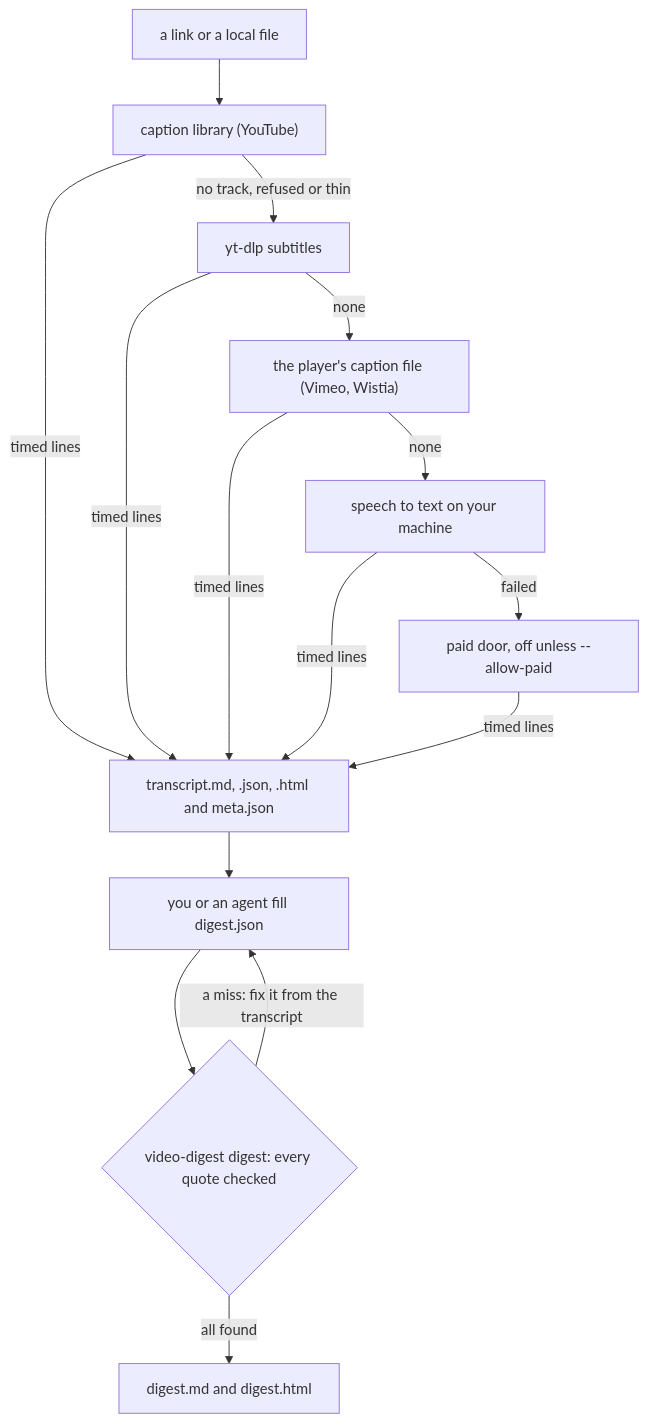
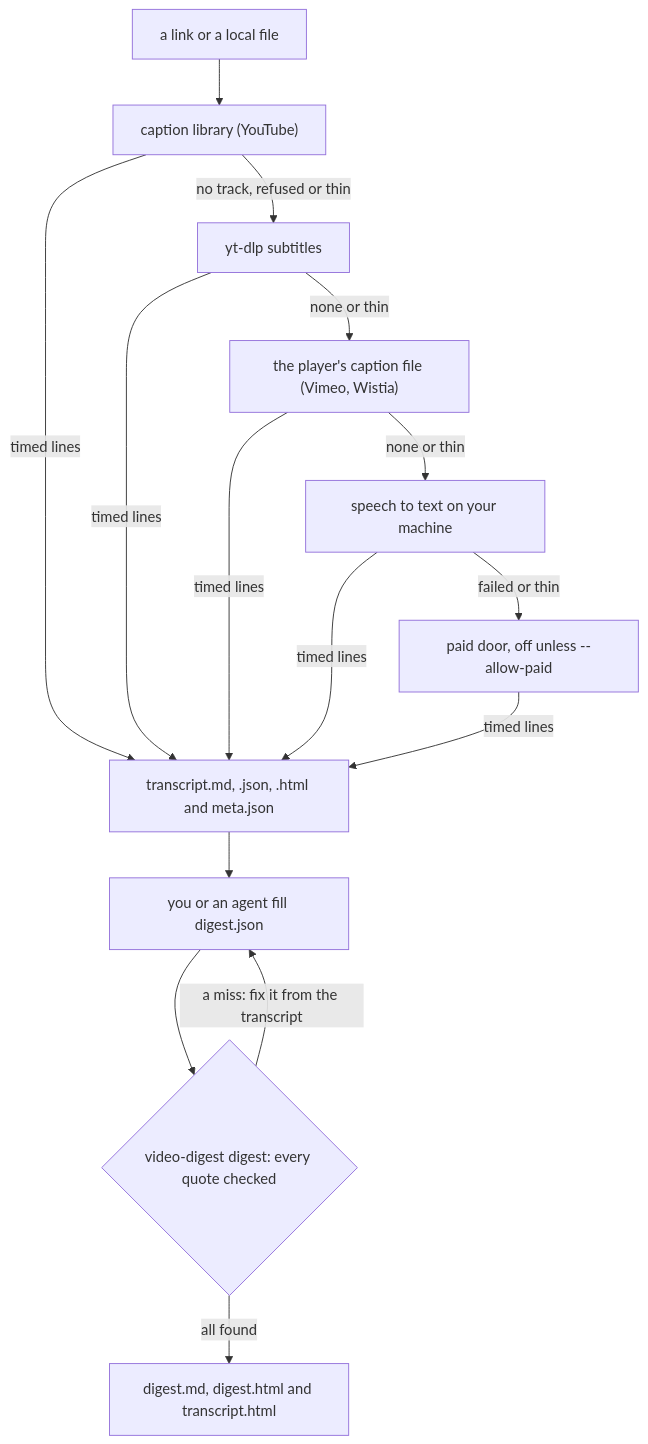
One commit to RobBrautigam/video-digest changed the diagram in README.md. Above: the diagram before and after it, drawn with Mermaid. The commit also changed other lines of this file and 7 other files, not shown here.

````diff
--- a/README.md
+++ b/README.md
@@ -125,13 +128,13 @@
 ```mermaid
 flowchart TD
     S["a link or a local file"] --> Y["caption library (YouTube)"]
     Y -->|"no track, refused or thin"| D["yt-dlp subtitles"]
-    D -->|"none"| P["the player's caption file (Vimeo, Wistia)"]
-    P -->|"none"| W["speech to text on your machine"]
-    W -->|"failed"| X["paid door, off unless --allow-paid"]
+    D -->|"none or thin"| P["the player's caption file (Vimeo, Wistia)"]
+    P -->|"none or thin"| W["speech to text on your machine"]
+    W -->|"failed or thin"| X["paid door, off unless --allow-paid"]
     Y & D & P & W & X -->|"timed lines"| T["transcript.md, .json, .html and meta.json"]
     T --> G["you or an agent fill digest.json"]
     G --> C{"video-digest digest: every quote checked"}
     C -->|"a miss: fix it from the transcript"| G
-    C -->|"all found"| H["digest.md and digest.html"]
+    C -->|"all found"| H["digest.md, digest.html and transcript.html"]
 ```
````
